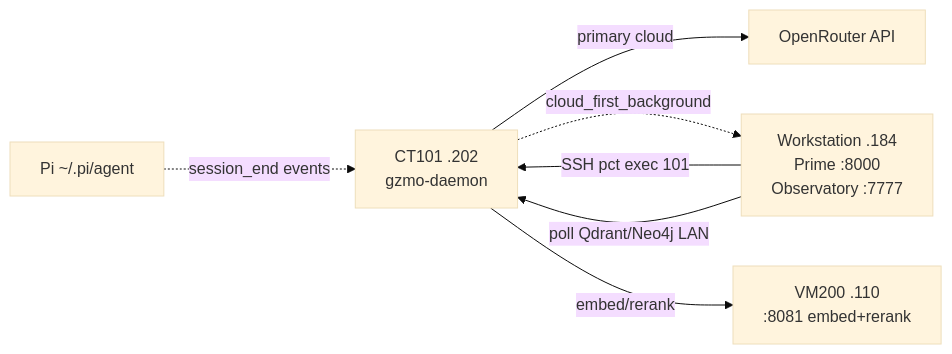
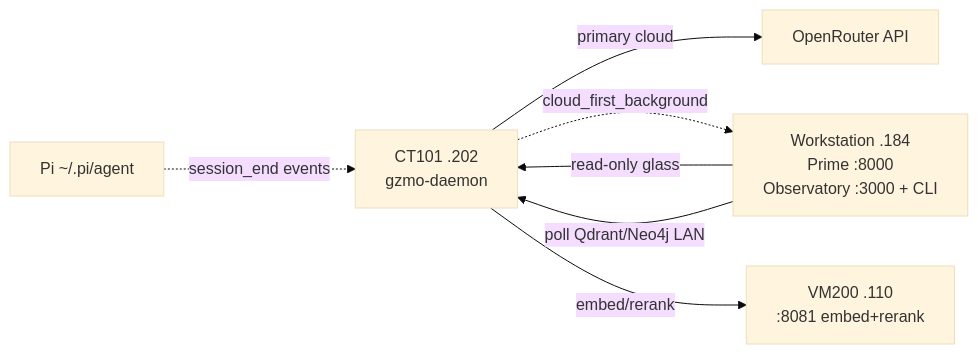
Before and after one commit to maximilianwruhs-cyber/GZMO: the diagram in docs/ct101-systems/110-external-nodes/SYSTEM.md, drawn with Mermaid (base theme). The commit also changed other lines of this file and 25 other files, not shown here.

````diff
--- a/docs/ct101-systems/110-external-nodes/SYSTEM.md
+++ b/docs/ct101-systems/110-external-nodes/SYSTEM.md
@@ -30,15 +30,15 @@
 ```mermaid
 flowchart LR
   CT101["CT101 .202\ngzmo-daemon"]
   VM200["VM200 .110\n:8081 embed+rerank"]
-  WS["Workstation .184\nPrime :8000\nObservatory :7777"]
+  WS["Workstation .184\nPrime :8000\nObservatory :3000 + CLI"]
   Cloud["OpenRouter API"]
   Pi["Pi ~/.pi/agent"]
 
   CT101 -->|"primary cloud"| Cloud
   CT101 -.->|"cloud_first_background"| WS
   CT101 -->|"embed/rerank"| VM200
-  WS -->|"SSH pct exec 101"| CT101
+  WS -->|"read-only glass"| CT101
   WS -->|"poll Qdrant/Neo4j LAN"| CT101
   Pi -.->|"session_end events"| CT101
 ```
````
